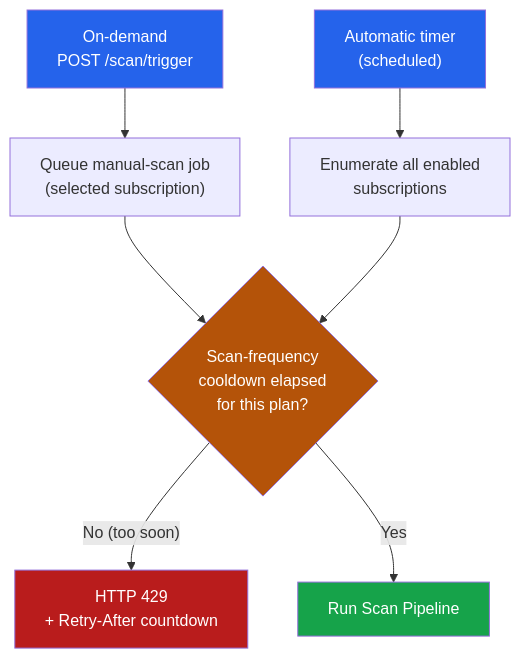
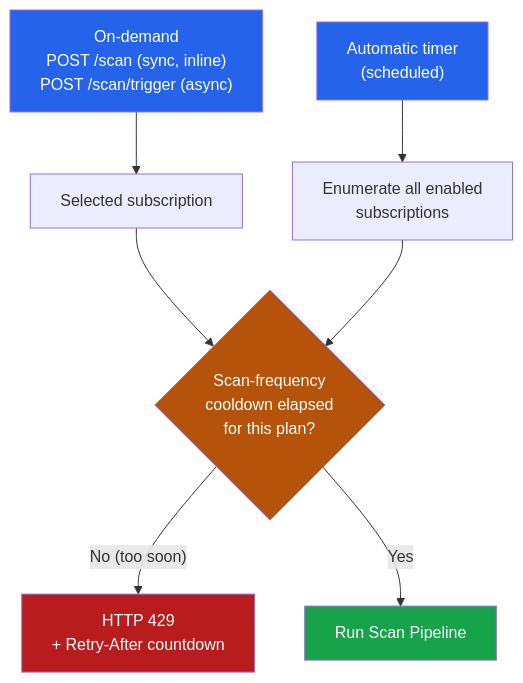
Before and after one commit to sandyshd/CloudGuardIQ: the second of 7 diagrams in docs/scan-pipeline-flow.md, drawn with Mermaid. The commit also changed other lines of this file, not shown here.

Commit message:
docs: note unified ScanPipeline entry points in scan-pipeline-flow

````diff
--- a/docs/scan-pipeline-flow.md
+++ b/docs/scan-pipeline-flow.md
@@ -54,17 +65,17 @@
 ```mermaid
 flowchart TD
-    T1["On-demand<br/>POST /scan/trigger"] --> MQ["Queue manual-scan job<br/>(selected subscription)"]
+    T1["On-demand<br/>POST /scan (sync, inline)<br/>POST /scan/trigger (async)"] --> MQ["Selected subscription"]
     MQ --> Gate
     T2["Automatic timer<br/>(scheduled)"] --> Fan["Enumerate all enabled<br/>subscriptions"]
     Fan --> Gate
 
     Gate{"Scan-frequency<br/>cooldown elapsed<br/>for this plan?"}
     Gate -- "No (too soon)" --> Deny["HTTP 429<br/>+ Retry-After countdown"]
     Gate -- "Yes" --> Run["Run Scan Pipeline"]
 
     style T1 fill:#2563eb,color:#fff
     style T2 fill:#2563eb,color:#fff
     style Gate fill:#b45309,color:#fff
     style Deny fill:#b91c1c,color:#fff
     style Run fill:#16a34a,color:#fff
 ```
````
